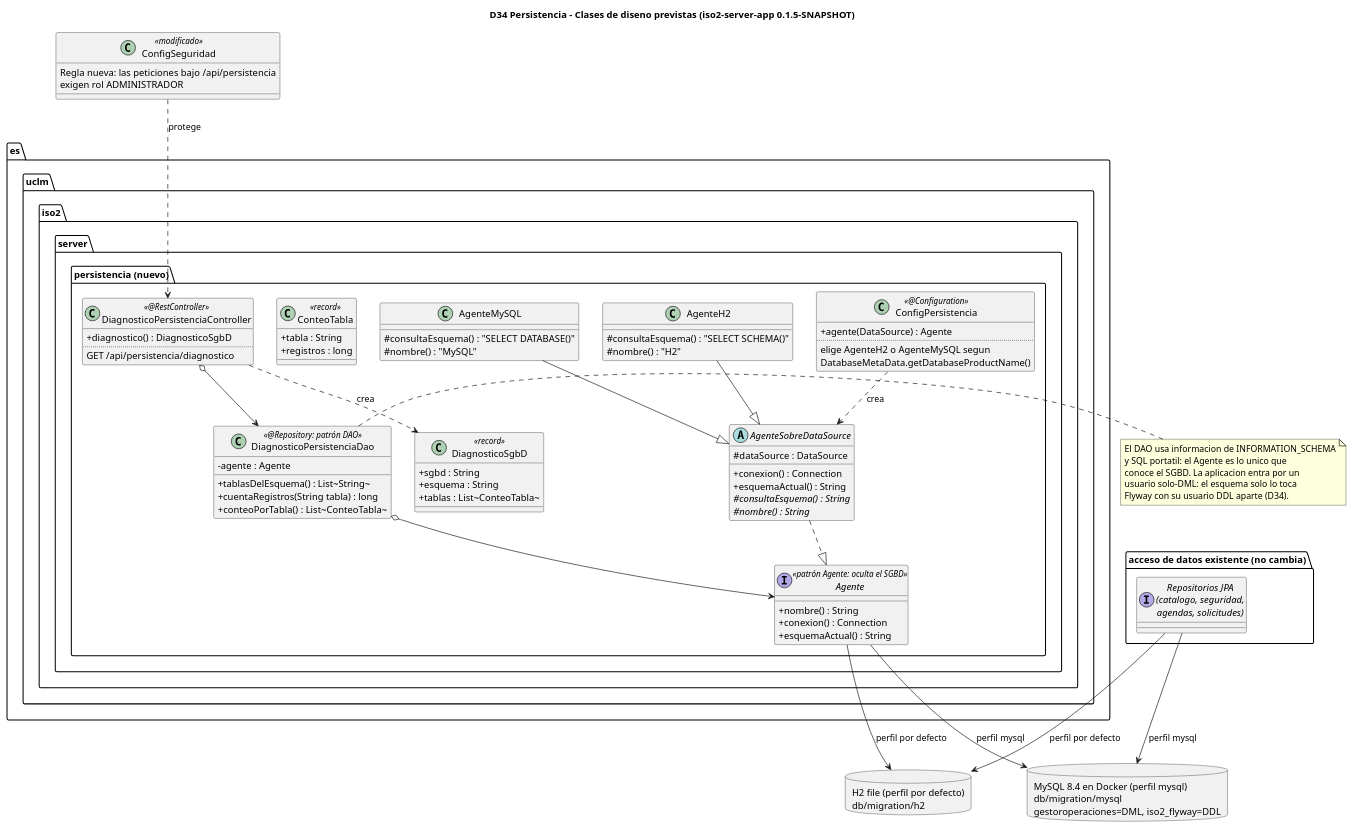
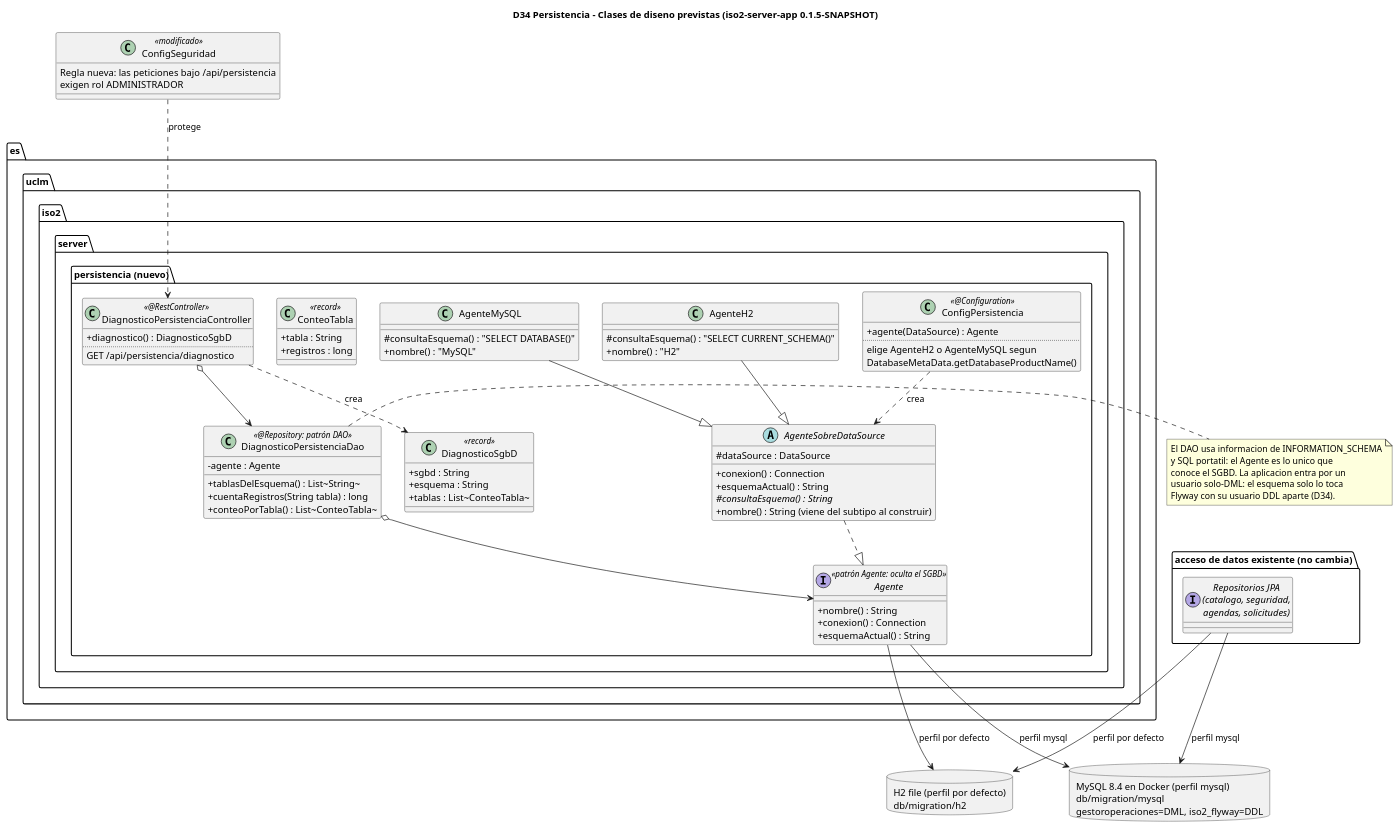
The diagram in docs/modelo/iter05/persistencia-clases-diseno.puml (IsmaelCaballero/PrISO2-25-26), drawn with PlantUML before and after one commit. The commit also changed 16 other files, not shown here.

```diff
--- a/docs/modelo/iter05/persistencia-clases-diseno.puml
+++ b/docs/modelo/iter05/persistencia-clases-diseno.puml
@@ -1,91 +1,91 @@
 @startuml persistencia-clases-diseno
 allowmixing
 ' D34 (Iter5/CFG-05) - Clases de diseno de la capa de persistencia MySQL/DAO/Agente
 ' Autor: agente (diseno previo al codigo, issue #34) - fuentes PlantUML (D31)
 ' (allowmixing: permite dibujar los nodos de base de datos junto a las clases)
 
 title D34 Persistencia - Clases de diseno previstas (iso2-server-app 0.1.5-SNAPSHOT)
 
 skinparam classAttributeIconSize 0
 
 package "es.uclm.iso2.server.persistencia (nuevo)" {
   interface Agente <<patrón Agente: oculta el SGBD>> {
     + nombre() : String
     + conexion() : Connection
     + esquemaActual() : String
   }
   abstract class AgenteSobreDataSource {
     # dataSource : DataSource
     + conexion() : Connection
     + esquemaActual() : String
     # consultaEsquema() : String {abstract}
-    # nombre() : String {abstract}
+    + nombre() : String (viene del subtipo al construir)
   }
   class AgenteH2 {
-    # consultaEsquema() : "SELECT SCHEMA()"
-    # nombre() : "H2"
+    # consultaEsquema() : "SELECT CURRENT_SCHEMA()"
+    + nombre() : "H2"
   }
   class AgenteMySQL {
     # consultaEsquema() : "SELECT DATABASE()"
-    # nombre() : "MySQL"
+    + nombre() : "MySQL"
   }
   class ConfigPersistencia <<@Configuration>> {
     + agente(DataSource) : Agente
     ..
     elige AgenteH2 o AgenteMySQL segun
     DatabaseMetaData.getDatabaseProductName()
   }
   class DiagnosticoPersistenciaDao <<@Repository: patrón DAO>> {
     - agente : Agente
     + tablasDelEsquema() : List~String~
     + cuentaRegistros(String tabla) : long
     + conteoPorTabla() : List~ConteoTabla~
   }
   class ConteoTabla <<record>> {
     + tabla : String
     + registros : long
   }
   class DiagnosticoPersistenciaController <<@RestController>> {
     + diagnostico() : DiagnosticoSgbD
     ..
     GET /api/persistencia/diagnostico
   }
   class DiagnosticoSgbD <<record>> {
     + sgbd : String
     + esquema : String
     + tablas : List~ConteoTabla~
   }
 }
 
 class ConfigSeguridad <<modificado>> {
   Regla nueva: las peticiones bajo /api/persistencia
   exigen rol ADMINISTRADOR
 }
 
 package "acceso de datos existente (no cambia)" {
   interface "Repositorios JPA\n(catalogo, seguridad,\nagendas, solicitudes)" as ReposJPA
 }
 
 database "H2 file (perfil por defecto)\ndb/migration/h2" as H2
 database "MySQL 8.4 en Docker (perfil mysql)\ndb/migration/mysql\ngestoroperaciones=DML, iso2_flyway=DDL" as MYSQL
 
 AgenteSobreDataSource ..|> Agente
 AgenteH2 --|> AgenteSobreDataSource
 AgenteMySQL --|> AgenteSobreDataSource
 ConfigPersistencia ..> AgenteSobreDataSource : crea
 DiagnosticoPersistenciaDao o--> Agente
 DiagnosticoPersistenciaController o--> DiagnosticoPersistenciaDao
 DiagnosticoPersistenciaController ..> DiagnosticoSgbD : crea
 ConfigSeguridad ..> DiagnosticoPersistenciaController : protege
 ReposJPA --> H2 : perfil por defecto
 ReposJPA --> MYSQL : perfil mysql
 Agente --> H2 : perfil por defecto
 Agente --> MYSQL : perfil mysql
 note right of DiagnosticoPersistenciaDao
   El DAO usa informacion de INFORMATION_SCHEMA
   y SQL portatil: el Agente es lo unico que
   conoce el SGBD. La aplicacion entra por un
   usuario solo-DML: el esquema solo lo toca
   Flyway con su usuario DDL aparte (D34).
 end note
 @enduml
```
